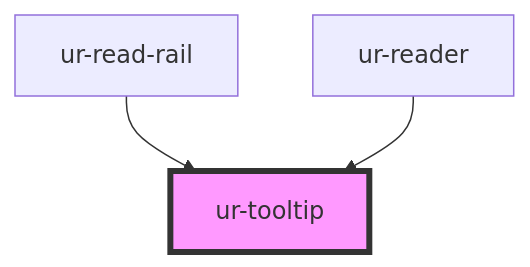
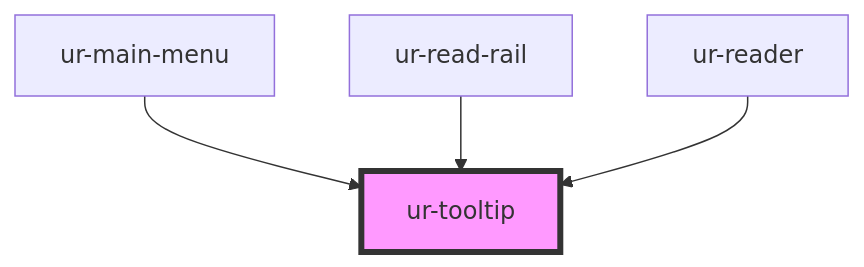
Before and after one commit to hellish/urnovl-web-components: the diagram in src/components/ur-tooltip/readme.md, drawn with Mermaid. The commit also changed other lines of this file and 10 other files, not shown here.

````diff
--- a/src/components/ur-tooltip/readme.md
+++ b/src/components/ur-tooltip/readme.md
@@ -30,6 +31,7 @@
 ```mermaid
 graph TD;
+  ur-main-menu --> ur-tooltip
   ur-read-rail --> ur-tooltip
   ur-reader --> ur-tooltip
   style ur-tooltip fill:#f9f,stroke:#333,stroke-width:4px
 ```
````
